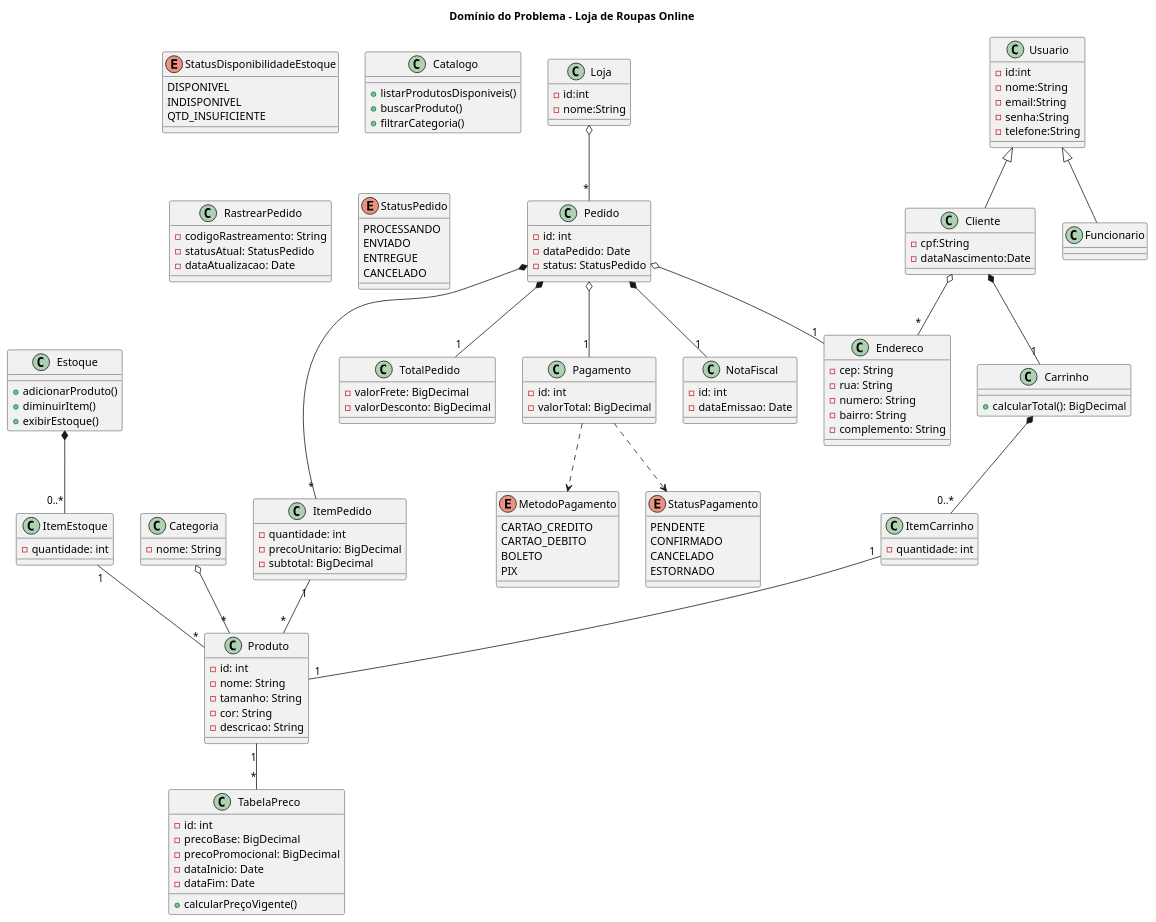
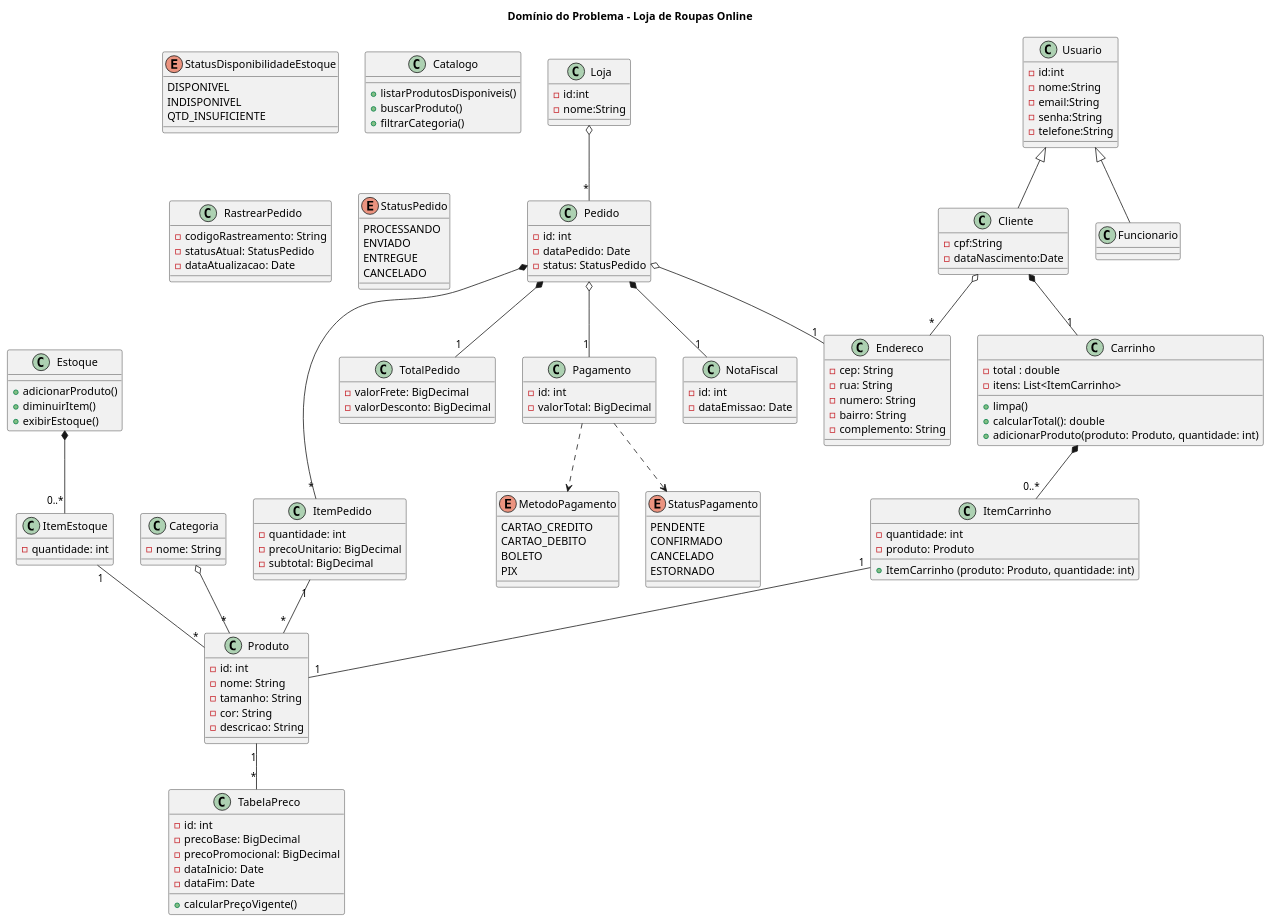
One commit to Wyklify/projeto_lojaOline_final changed the first of 2 diagrams in Uml_Final.plantuml. Above: the diagram before and after it, drawn with PlantUML.

Commit message:
uml do sistema do carrinho atualizada

```diff
--- a/Uml_Final.plantuml
+++ b/Uml_Final.plantuml
@@ -2,6 +2,7 @@
 title Domínio do Problema - Loja de Roupas Online
 
 ' ======= CLASSES DE DOMÍNIO ========
+
 
 class Produto {
     -id: int
@@ -21,6 +22,7 @@
     
 }
 
+'atualize o uml do estoque, pois ele não condiz com o algoritmo.
 class Estoque {
     +adicionarProduto()
     +diminuirItem()
@@ -71,10 +73,16 @@
 
 class ItemCarrinho {
     -quantidade: int
+    -produto: Produto
+    +ItemCarrinho (produto: Produto, quantidade: int)
 }
 
 class Carrinho {
-    +calcularTotal(): BigDecimal
+    -total : double
+    -itens: List<ItemCarrinho>
+    +limpa()
+    +calcularTotal(): double
+    +adicionarProduto(produto: Produto, quantidade: int)
 }
 
 class Catalogo {
```
